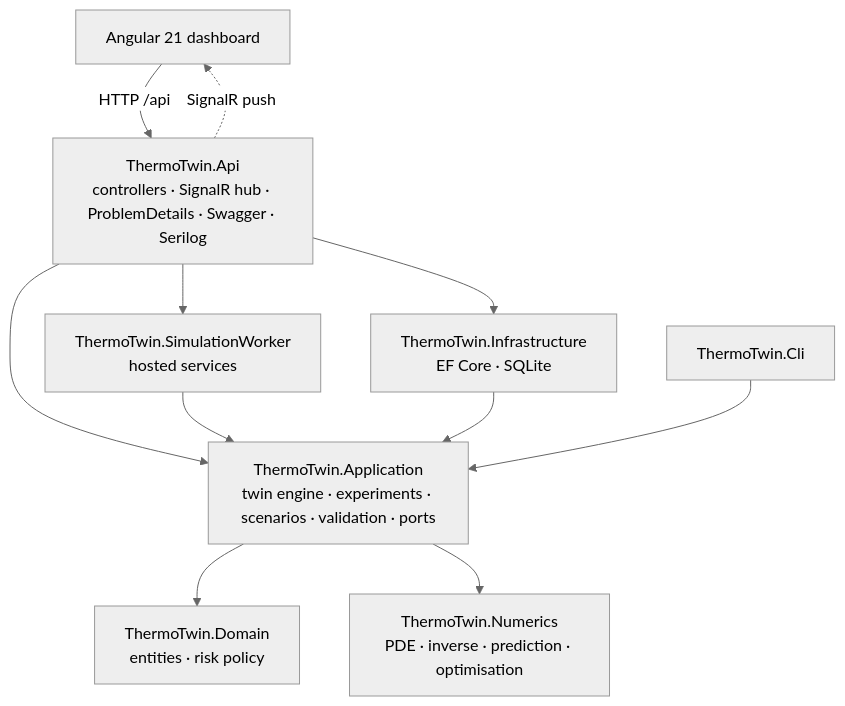
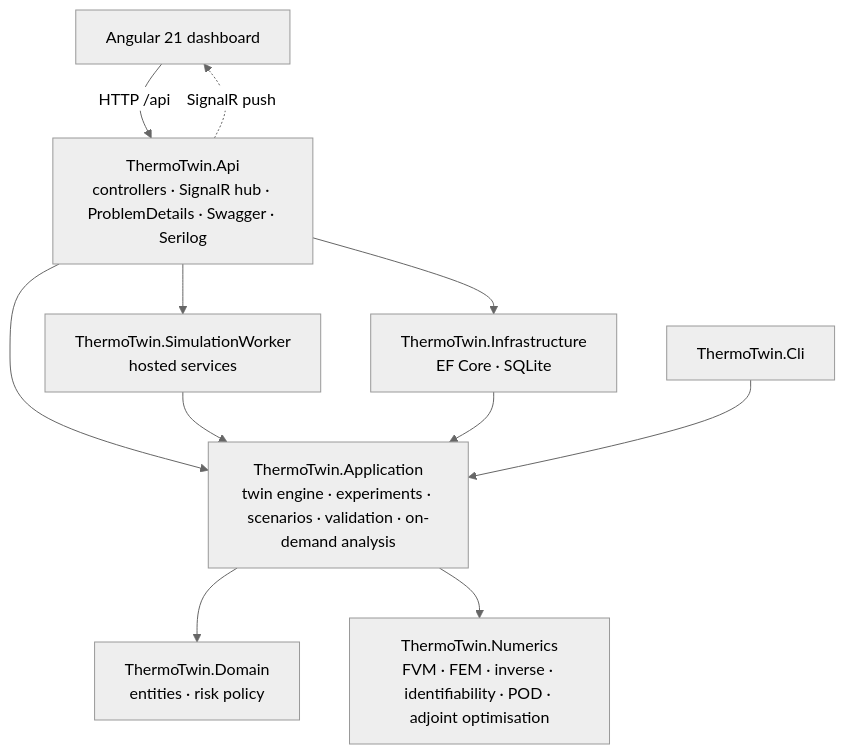
One commit to AbuHurairaPhenologix/AbuHuraira changed the first of 4 diagrams in ThermoTwin-Battery-Digital-Twin/docs/architecture.md. Above: the diagram before and after it, drawn with Mermaid (neutral theme). The commit also changed other lines of this file and 93 other files, not shown here.

First line of the commit message:
ThermoTwin: add FEM solver, discrete adjoint PDE-constrained optimisation, POD reduced-order model and identifiability study

````diff
--- a/ThermoTwin-Battery-Digital-Twin/docs/architecture.md
+++ b/ThermoTwin-Battery-Digital-Twin/docs/architecture.md
@@ -5,15 +5,15 @@
 ```mermaid
 flowchart TB
     UI["Angular 21 dashboard"] -- "HTTP /api" --> API
     API["ThermoTwin.Api<br/>controllers · SignalR hub · ProblemDetails · Swagger · Serilog"] --> WORKER
     API --> APP
     API --> INFRA
     WORKER["ThermoTwin.SimulationWorker<br/>hosted services"] --> APP
     INFRA["ThermoTwin.Infrastructure<br/>EF Core · SQLite"] --> APP
-    APP["ThermoTwin.Application<br/>twin engine · experiments · scenarios · validation · ports"] --> DOMAIN
+    APP["ThermoTwin.Application<br/>twin engine · experiments · scenarios · validation · on-demand analysis"] --> DOMAIN
     APP --> NUM
     DOMAIN["ThermoTwin.Domain<br/>entities · risk policy"]
-    NUM["ThermoTwin.Numerics<br/>PDE · inverse · prediction · optimisation"]
+    NUM["ThermoTwin.Numerics<br/>FVM · FEM · inverse · identifiability · POD · adjoint optimisation"]
     CLI["ThermoTwin.Cli"] --> APP
     API -. "SignalR push" .-> UI
 ```
````
